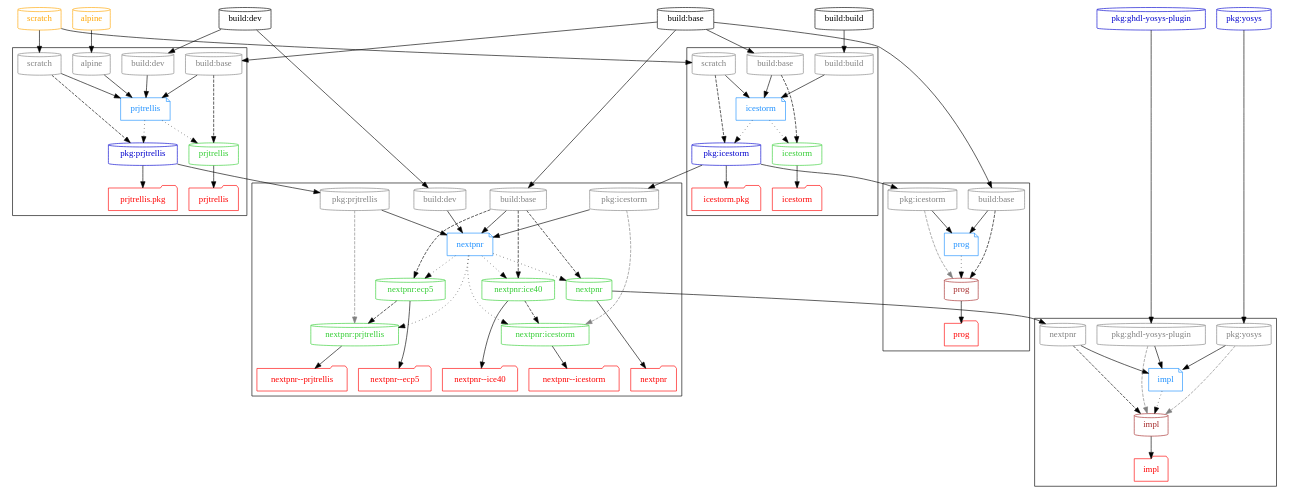
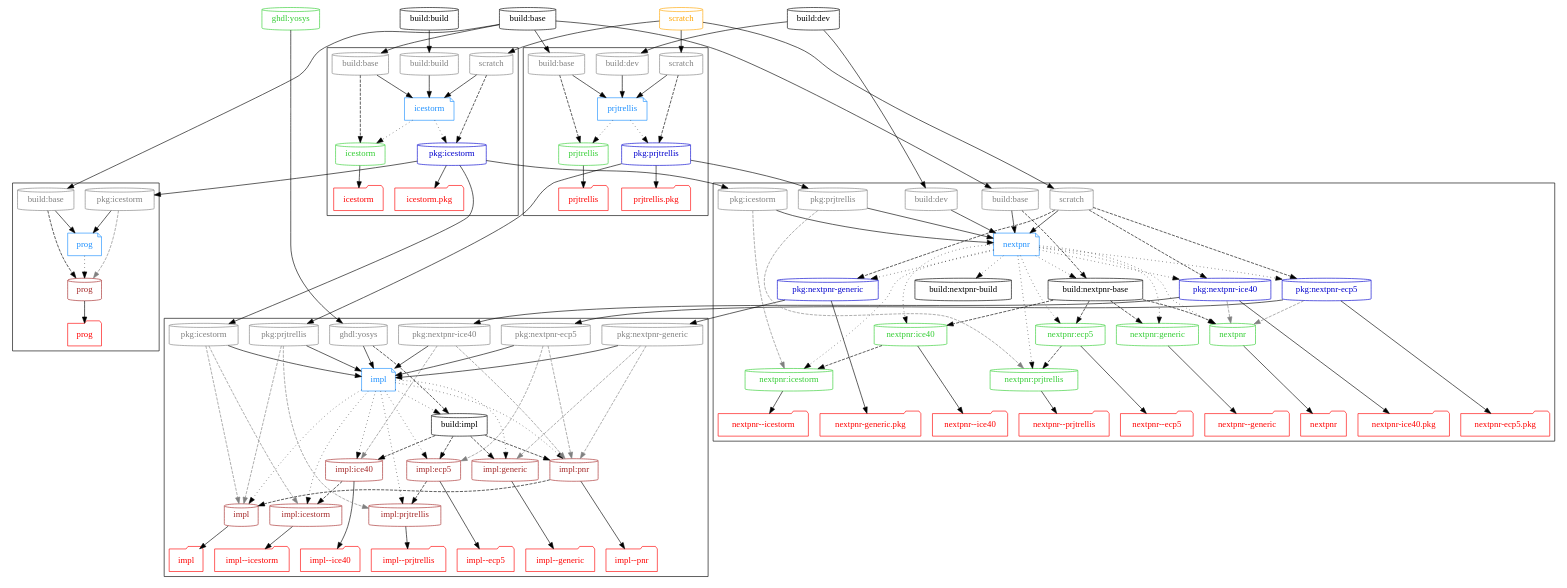
One commit to hdl/containers changed the diagram in graph/impl.dot. Above: the diagram before and after it, drawn with Graphviz. The commit also changed 2 other files, not shown here.

Commit message:
doc/graph: update nextpnr and impl clusters

```diff
--- a/graph/impl.dot
+++ b/graph/impl.dot
@@ -39,21 +39,30 @@
     "build:build"
     "build:dev"
     { node [color=limegreen, fontcolor=limegreen]
+      "ghdl:yosys"
       "icestorm"
+      "prjtrellis"
       "nextpnr:ice40"
       "nextpnr:icestorm"
       "nextpnr:ecp5"
       "nextpnr:prjtrellis"
+      "nextpnr:generic"
       "nextpnr"
-      "prjtrellis"
     }
     { node [color=mediumblue, fontcolor=mediumblue]
-      "pkg:ghdl-yosys-plugin"
       "pkg:icestorm"
       "pkg:prjtrellis"
-      "pkg:yosys"
+      "pkg:nextpnr-generic"
+      "pkg:nextpnr-ice40"
+      "pkg:nextpnr-ecp5"
     }
     { node [color=brown, fontcolor=brown]
+      "impl:generic"
+      "impl:ice40"
+      "impl:ecp5"
+      "impl:icestorm"
+      "impl:prjtrellis"
+      "impl:pnr"
       "impl"
       "prog"
     }
@@ -63,17 +72,14 @@
 
   { node [shape=cylinder, color=orange, fontcolor=orange]
     "scratch"
-    "alpine";
   }
 
   { rank=same
     "build:base"
     "build:build"
     "build:dev"
-    "pkg:ghdl-yosys-plugin"
-    "pkg:yosys"
+    "ghdl:yosys"
     "scratch"
-    "alpine"
   }
 
   # Workflows
@@ -104,28 +110,71 @@
   subgraph cluster_impl {
     { rank=same
       node [shape=cylinder, color=grey, fontcolor=grey]
-      "p_impl_nextpnr" [label="nextpnr"]
-      "p_impl_pkg:ghdl-yosys-plugin" [label="pkg:ghdl-yosys-plugin"]
-      "p_impl_pkg:yosys" [label="pkg:yosys"]
+      "p_impl_ghdl:yosys"           [label="ghdl:yosys"]
+      "p_impl_pkg:nextpnr-generic"  [label="pkg:nextpnr-generic"]
+      "p_impl_pkg:nextpnr-ice40"    [label="pkg:nextpnr-ice40"]
+      "p_impl_pkg:nextpnr-ecp5"     [label="pkg:nextpnr-ecp5"]
+      "p_impl_pkg:icestorm"         [label="pkg:icestorm"]
+      "p_impl_pkg:prjtrellis"       [label="pkg:prjtrellis"]
     }
 
-    d_impl -> "impl" [style=dotted];
+    { node [shape=cylinder]
+      "build:impl"
+    }
 
-    "t_impl" [label="impl", shape=folder, color=red, fontcolor=red];
+    d_impl -> {
+      "build:impl"
+      "impl:generic"
+      "impl:ice40"
+      "impl:ecp5"
+      "impl:icestorm"
+      "impl:prjtrellis"
+      "impl:pnr"
+      "impl"
+    } [style=dotted];
 
+    { rank=same
+      node [shape=folder, color=red, fontcolor=red];
+      "t_impl:generic"    [label="impl--generic"];
+      "t_impl:ice40"      [label="impl--ice40"];
+      "t_impl:ecp5"       [label="impl--ecp5"];
+      "t_impl:icestorm"   [label="impl--icestorm"];
+      "t_impl:prjtrellis" [label="impl--prjtrellis"];
+      "t_impl:pnr"        [label="impl--pnr"];
+      "t_impl"            [label="impl"];
+    }
+
+    "impl:generic" -> "t_impl:generic";
+    "impl:ice40" -> "t_impl:ice40";
+    "impl:ecp5" -> "t_impl:ecp5";
+    "impl:icestorm" -> "t_impl:icestorm";
+    "impl:prjtrellis" -> "t_impl:prjtrellis";
+    "impl:pnr" -> "t_impl:pnr";
     "impl" -> "t_impl";
   }
 
   subgraph cluster_nextpnr {
     { rank=same
       node [shape=cylinder, color=grey, fontcolor=grey]
+      "p_nextpnr_scratch" [label="scratch"]
       "p_nextpnr_build:base" [label="build:base"]
       "p_nextpnr_build:dev" [label="build:dev"]
       "p_nextpnr_icestorm" [label="pkg:icestorm"]
       "p_nextpnr_prjtrellis" [label="pkg:prjtrellis"]
     }
 
+    { node [shape=cylinder]
+      "build:nextpnr-base"
+      "build:nextpnr-build"
+    }
+
     d_nextpnr -> { rank=same
+      "build:nextpnr-base"
+      "build:nextpnr-build"
+    } [style=dotted];
+
+    d_nextpnr -> { rank=same
+      "nextpnr:generic",
       "nextpnr:ice40",
       "nextpnr:ecp5",
       "nextpnr"
@@ -136,26 +185,39 @@
       "nextpnr:prjtrellis"
     } [style=dotted];
 
+    d_nextpnr -> { rank=same
+      "pkg:nextpnr-generic",
+      "pkg:nextpnr-ice40",
+      "pkg:nextpnr-ecp5"
+    } [style=dotted];
+
     { rank=same
       node [shape=folder, color=red, fontcolor=red];
-      "t_nextpnr" [label="nextpnr"];
-      "t_nextpnr:ice40" [label="nextpnr--ice40"];
-      "t_nextpnr:ecp5" [label="nextpnr--ecp5"];
-      "t_nextpnr:icestorm" [label="nextpnr--icestorm"];
-      "t_nextpnr:prjtrellis" [label="nextpnr--prjtrellis"];
+      "t_nextpnr"             [label="nextpnr"];
+      "t_nextpnr:generic"     [label="nextpnr--generic"];
+      "t_nextpnr:ice40"       [label="nextpnr--ice40"];
+      "t_nextpnr:ecp5"        [label="nextpnr--ecp5"];
+      "t_nextpnr:icestorm"    [label="nextpnr--icestorm"];
+      "t_nextpnr:prjtrellis"  [label="nextpnr--prjtrellis"];
+      "t_pkg:nextpnr-generic" [label="nextpnr-generic.pkg"];
+      "t_pkg:nextpnr-ice40"   [label="nextpnr-ice40.pkg"];
+      "t_pkg:nextpnr-ecp5"    [label="nextpnr-ecp5.pkg"];
     }
 
+    "nextpnr:generic" -> "t_nextpnr:generic";
+    "nextpnr:ice40" -> "t_nextpnr:ice40";
+    "nextpnr:ecp5" -> "t_nextpnr:ecp5";
     "nextpnr" -> "t_nextpnr";
-    "nextpnr:ice40" -> "t_nextpnr:ice40";
     "nextpnr:icestorm" -> "t_nextpnr:icestorm";
-    "nextpnr:ecp5" -> "t_nextpnr:ecp5";
     "nextpnr:prjtrellis" -> "t_nextpnr:prjtrellis";
+    "pkg:nextpnr-generic" -> "t_pkg:nextpnr-generic";
+    "pkg:nextpnr-ice40" -> "t_pkg:nextpnr-ice40";
+    "pkg:nextpnr-ecp5" -> "t_pkg:nextpnr-ecp5";
   }
 
   subgraph cluster_prjtrellis {
     { rank=same
       node [shape=cylinder, color=grey, fontcolor=grey]
-      "p_prjtrellis_alpine" [label="alpine"]
       "p_prjtrellis_scratch" [label="scratch"]
       "p_prjtrellis_build:base" [label="build:base"]
       "p_prjtrellis_build:dev" [label="build:dev"]
@@ -206,17 +268,20 @@
   "build:base" -> "p_icestorm_build:base" -> d_icestorm;
   "scratch" -> "p_icestorm_scratch" -> d_icestorm;
 
-  "pkg:ghdl-yosys-plugin" -> "p_impl_pkg:ghdl-yosys-plugin" -> d_impl;
-  "pkg:yosys" -> "p_impl_pkg:yosys" -> d_impl;
-  "nextpnr" -> "p_impl_nextpnr" -> d_impl;
+  "ghdl:yosys" -> "p_impl_ghdl:yosys" -> d_impl;
+  "pkg:nextpnr-generic" -> "p_impl_pkg:nextpnr-generic" -> d_impl;
+  "pkg:nextpnr-ice40" -> "p_impl_pkg:nextpnr-ice40" -> d_impl;
+  "pkg:nextpnr-ecp5" -> "p_impl_pkg:nextpnr-ecp5" -> d_impl;
+  "pkg:icestorm" -> "p_impl_pkg:icestorm" -> d_impl;
+  "pkg:prjtrellis" -> "p_impl_pkg:prjtrellis" -> d_impl;
 
+  "scratch" -> "p_nextpnr_scratch" -> d_nextpnr;
   "build:dev" -> "p_nextpnr_build:dev" -> d_nextpnr;
   "build:base" -> "p_nextpnr_build:base" -> d_nextpnr;
   "pkg:icestorm" -> "p_nextpnr_icestorm" -> d_nextpnr;
   "pkg:prjtrellis" -> "p_nextpnr_prjtrellis" -> d_nextpnr;
 
   "build:dev" -> "p_prjtrellis_build:dev" -> d_prjtrellis;
-  "alpine" -> "p_prjtrellis_alpine" -> d_prjtrellis;
 
   "build:base" -> "p_prjtrellis_build:base" -> d_prjtrellis;
   "scratch" -> "p_prjtrellis_scratch" -> d_prjtrellis;
@@ -229,10 +294,17 @@
   { edge [style=dashed]
     "p_prog_build:base" -> "prog";
 
-    "p_nextpnr_build:base" -> {
+    "p_nextpnr_build:base" -> "build:nextpnr-base" -> {
       "nextpnr",
+      "nextpnr:generic",
       "nextpnr:ice40",
       "nextpnr:ecp5"
+    };
+
+    "p_nextpnr_scratch" -> {
+      "pkg:nextpnr-generic",
+      "pkg:nextpnr-ice40",
+      "pkg:nextpnr-ecp5"
     };
 
     "nextpnr:ice40" -> "nextpnr:icestorm";
@@ -241,7 +313,16 @@
     "p_icestorm_build:base" -> "icestorm";
     "p_icestorm_scratch" -> "pkg:icestorm";
 
-    "p_impl_nextpnr" -> "impl";
+    "p_impl_ghdl:yosys" -> "build:impl" -> {
+      "impl:generic"
+      "impl:ice40"
+      "impl:ecp5"
+      "impl:pnr"
+    };
+
+    "impl:ice40" -> "impl:icestorm";
+    "impl:ecp5" -> "impl:prjtrellis";
+    "impl:pnr" -> "impl";
 
     "p_prjtrellis_scratch" -> "pkg:prjtrellis";
     "p_prjtrellis_build:base" -> "prjtrellis";
@@ -250,12 +331,17 @@
   { edge [style=dashed, color=grey]
     "p_prog_icestorm" -> "prog";
 
-    "p_impl_pkg:ghdl-yosys-plugin" -> "impl";
-    "p_impl_pkg:yosys" -> "impl";
+    "pkg:nextpnr-ice40" -> "nextpnr";
+    "pkg:nextpnr-ecp5" -> "nextpnr";
+    "p_nextpnr_icestorm" -> "nextpnr:icestorm";
+    "p_nextpnr_prjtrellis" -> "nextpnr:prjtrellis";
 
-    "p_nextpnr_icestorm" -> "nextpnr:icestorm";
+    "p_impl_pkg:icestorm" -> { "impl:icestorm", "impl" };
+    "p_impl_pkg:prjtrellis" -> { "impl:prjtrellis", "impl" };
+    "p_impl_pkg:nextpnr-generic" -> { "impl:generic", "impl:pnr" };
+    "p_impl_pkg:nextpnr-ice40" -> { "impl:ice40", "impl:pnr" };
+    "p_impl_pkg:nextpnr-ecp5" -> { "impl:ecp5", "impl:pnr" };
 
-    "p_nextpnr_prjtrellis" -> "nextpnr:prjtrellis";
   }
 
 }
```
